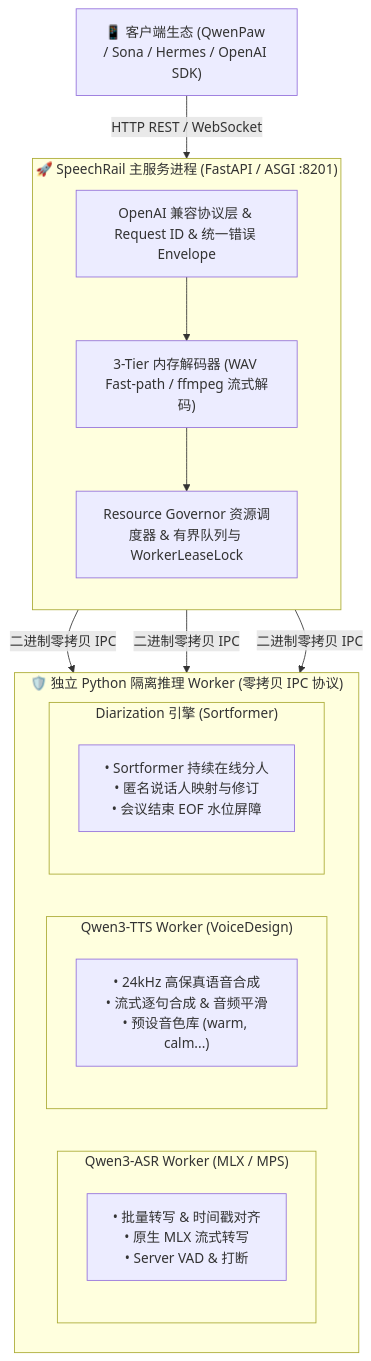
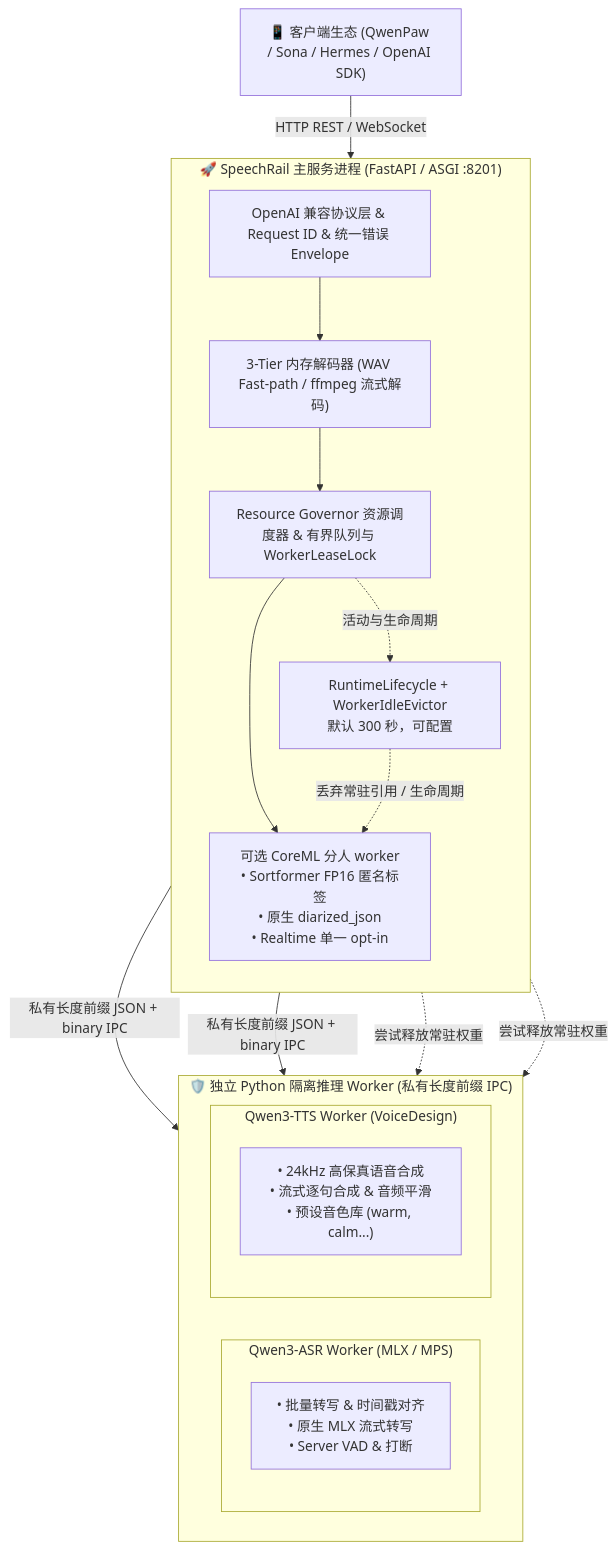
One commit to hrygo/SpeechRail changed the diagram in docs/README.md. Above: the diagram before and after it, drawn with Mermaid. The commit also changed other lines of this file and 114 other files, not shown here.

First line of the commit message:
feat!: replace diarization runtime with CoreML

````diff
--- a/docs/README.md
+++ b/docs/README.md
@@ -43,30 +43,33 @@
 ```mermaid
 flowchart TD
     Client["📱 客户端生态 (QwenPaw / Sona / Hermes / OpenAI SDK)"]
 
     subgraph Host ["🚀 SpeechRail 主服务进程 (FastAPI / ASGI :8201)"]
         direction TB
         API["OpenAI 兼容协议层 & Request ID & 统一错误 Envelope"]
         Dec["3-Tier 内存解码器 (WAV Fast-path / ffmpeg 流式解码)"]
         Gov["Resource Governor 资源调度器 & 有界队列与 WorkerLeaseLock"]
+        Diar["可选 CoreML 分人 worker<br/>• Sortformer FP16 匿名标签<br/>• 原生 diarized_json<br/>• Realtime 单一 opt-in"]
+        Life["RuntimeLifecycle + WorkerIdleEvictor<br/>默认 300 秒，可配置"]
         API --> Dec --> Gov
     end
 
-    subgraph Workers ["🛡️ 独立 Python 隔离推理 Worker (零拷贝 IPC 协议)"]
+    subgraph Workers ["🛡️ 独立 Python 隔离推理 Worker (私有长度前缀 IPC)"]
         direction LR
         subgraph ASR_Box ["Qwen3-ASR Worker (MLX / MPS)"]
             ASR["• 批量转写 & 时间戳对齐<br/>• 原生 MLX 流式转写<br/>• Server VAD & 打断"]
         end
         subgraph TTS_Box ["Qwen3-TTS Worker (VoiceDesign)"]
             TTS["• 24kHz 高保真语音合成<br/>• 流式逐句合成 & 音频平滑<br/>• 预设音色库 (warm, calm...)"]
         end
-        subgraph Diar_Box ["Diarization 引擎 (Sortformer)"]
-            Diar["• Sortformer 持续在线分人<br/>• 匿名说话人映射与修订<br/>• 会议结束 EOF 水位屏障"]
-        end
     end
 
     Client -->|"HTTP REST / WebSocket"| Host
-    Gov -->|"二进制零拷贝 IPC"| ASR_Box
-    Gov -->|"二进制零拷贝 IPC"| TTS_Box
-    Gov -->|"二进制零拷贝 IPC"| Diar_Box
+    Gov -->|"私有长度前缀 JSON + binary IPC"| ASR_Box
+    Gov -->|"私有长度前缀 JSON + binary IPC"| TTS_Box
+    Gov --> Diar
+    Gov -. 活动与生命周期 .-> Life
+    Life -. 尝试释放常驻权重 .-> ASR_Box
+    Life -. 尝试释放常驻权重 .-> TTS_Box
+    Life -. 丢弃常驻引用 / 生命周期 .-> Diar
 ```
````
